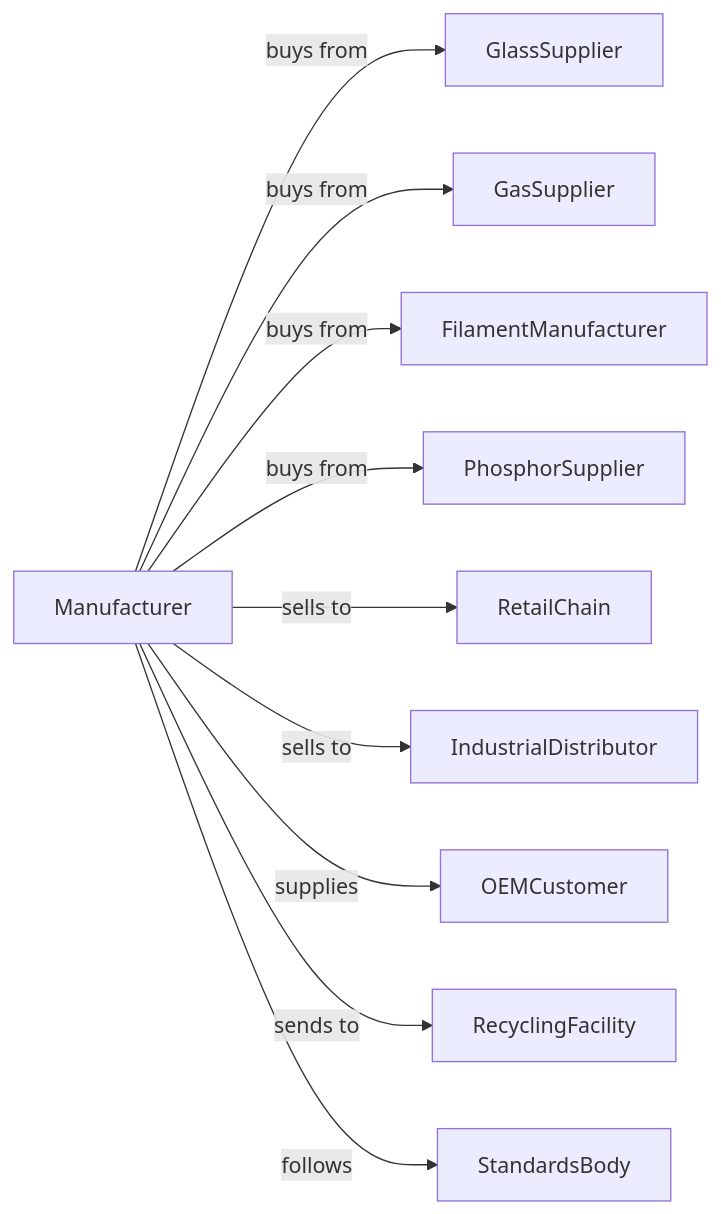
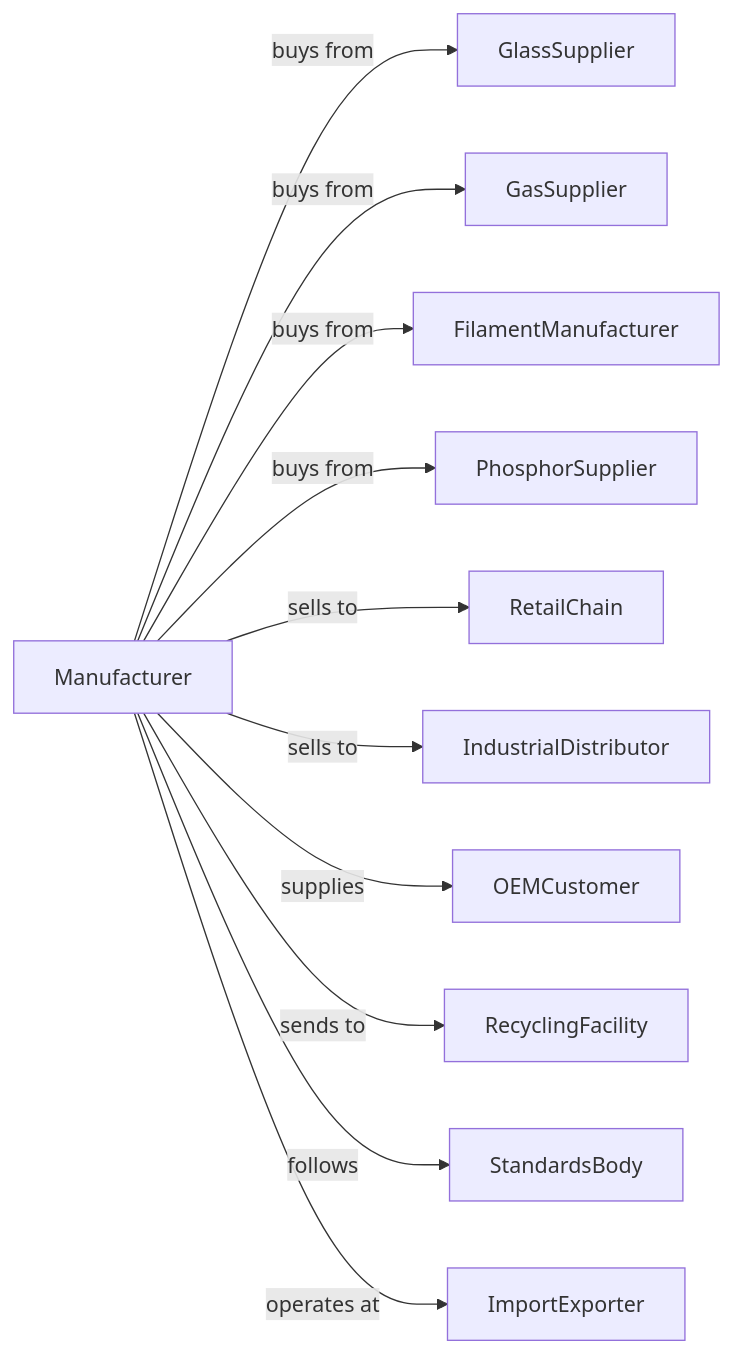
Before and after one commit to dot-org-ai/industries.org.ai: the second of 2 diagrams in Manufacturing/ElectricalEquipmentApplianceAndComponentManufacturing/ElectricLightingEquipmentManufacturing/ElectricLampBulbAndOtherLightingEquipmentManufacturing.mdx, drawn with Mermaid. The commit also changed 588 other files, not shown here.

````diff
--- a/Manufacturing/ElectricalEquipmentApplianceAndComponentManufacturing/ElectricLightingEquipmentManufacturing/ElectricLampBulbAndOtherLightingEquipmentManufacturing.mdx
+++ b/Manufacturing/ElectricalEquipmentApplianceAndComponentManufacturing/ElectricLightingEquipmentManufacturing/ElectricLampBulbAndOtherLightingEquipmentManufacturing.mdx
@@ -138,14 +138,15 @@
 ```mermaid
 graph LR
     M[Manufacturer]
 
     M -->|buys from| GlassSupplier
     M -->|buys from| GasSupplier
     M -->|buys from| FilamentManufacturer
     M -->|buys from| PhosphorSupplier
     M -->|sells to| RetailChain
     M -->|sells to| IndustrialDistributor
     M -->|supplies| OEMCustomer
     M -->|sends to| RecyclingFacility
     M -->|follows| StandardsBody
+    M -->|operates at| ImportExporter
 ```
````
